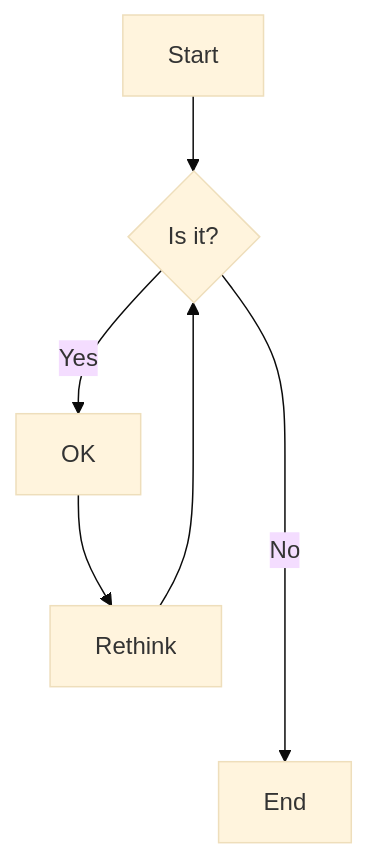
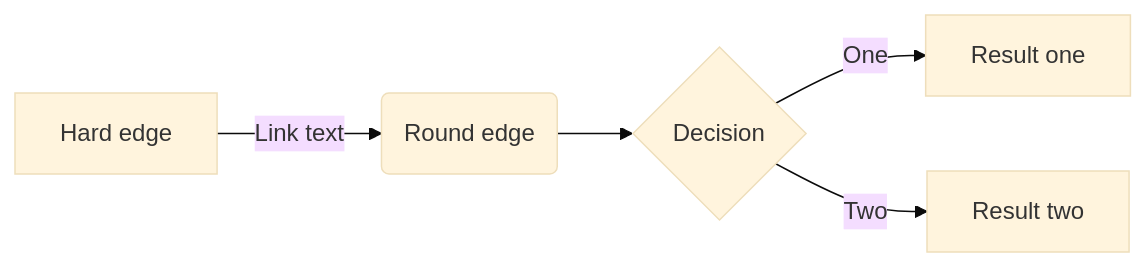
The first of 2 diagrams in content/posts/2020/11/18/map-mermaid.md (tailwoodencat/hugo-loveit-theme), drawn with Mermaid (base theme) before and after one commit. The commit also changed other lines of this file and 44 other files, not shown here.

````diff
--- a/content/posts/2020/11/18/map-mermaid.md
+++ b/content/posts/2020/11/18/map-mermaid.md
@@ -34,8 +41,7 @@
-```mermaid
-graph TD
-    A[Start] --> B{Is it?};
-    B -- Yes --> C[OK];
-    C --> D[Rethink];
-    D --> B;
-    B -- No ----> E[End];
-```
+{{< mermaid >}}
+graph LR;
+    A[Hard edge] -->|Link text| B(Round edge)
+    B --> C{Decision}
+    C -->|One| D[Result one]
+    C -->|Two| E[Result two]
+{{< /mermaid >}}
````
